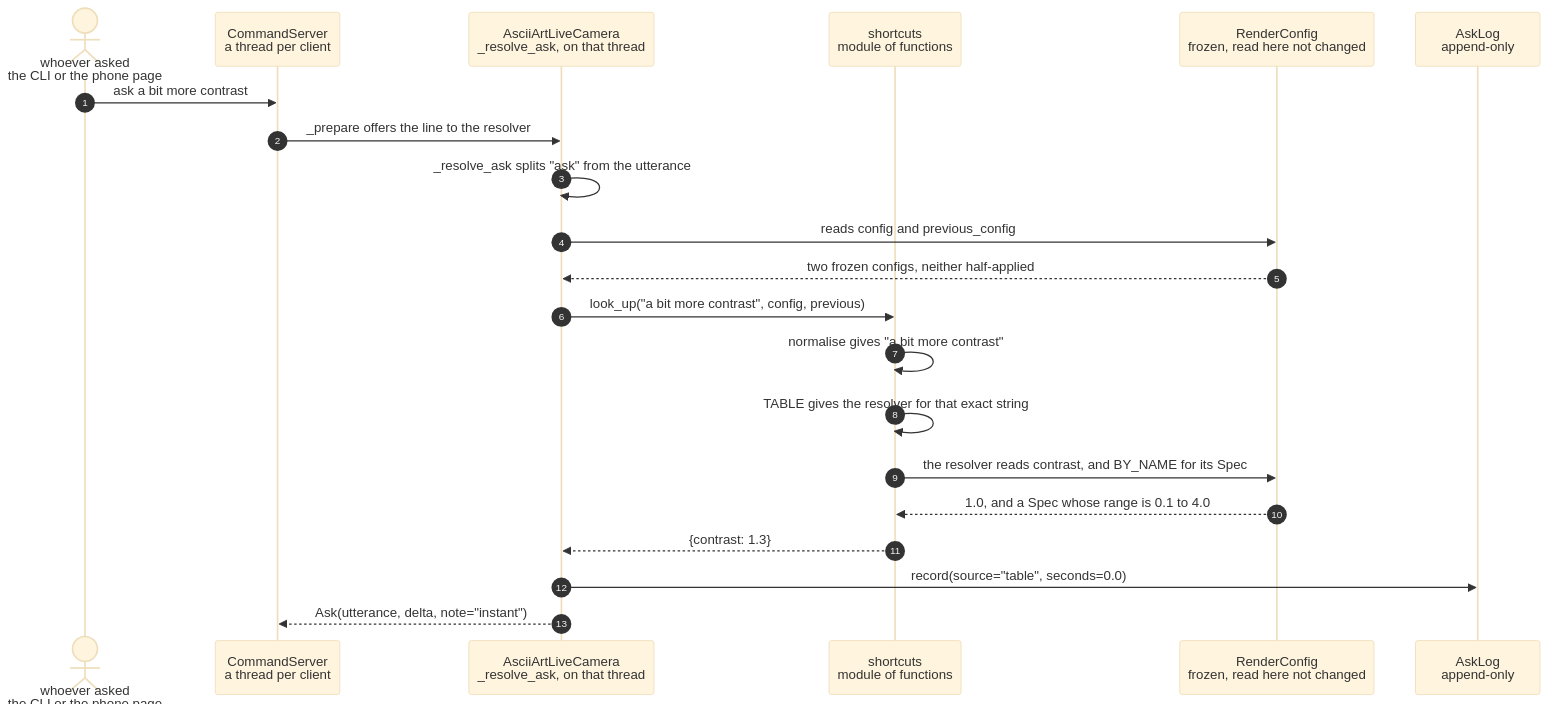
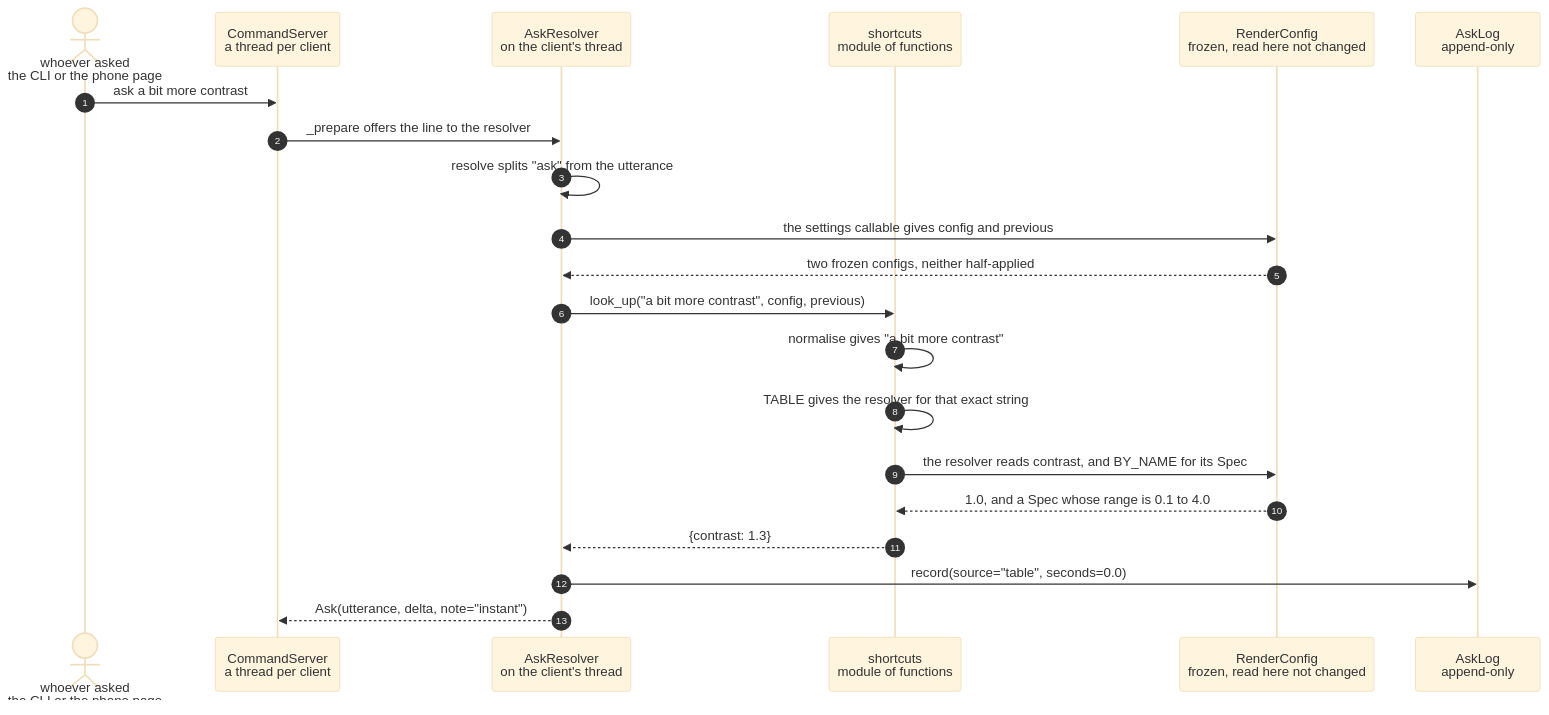
Before and after one commit to replicant1/AsciiArt-Pi: the diagram in docs/scenarios/a-spoken-phrase-is-answered-from-the-shortcut-table-with-no-model-call.md, drawn with Mermaid (base theme). The commit also changed other lines of this file and 9 other files, not shown here.

First line of the commit message:
refactor: the ask path moves out of AsciiArtLiveCamera into AskResolver

````diff
--- a/docs/scenarios/a-spoken-phrase-is-answered-from-the-shortcut-table-with-no-model-call.md
+++ b/docs/scenarios/a-spoken-phrase-is-answered-from-the-shortcut-table-with-no-model-call.md
@@ -33,24 +33,24 @@
 ```mermaid
 sequenceDiagram
     autonumber
     actor Asker as whoever asked<br/>the CLI or the phone page
     participant CS as CommandServer<br/>a thread per client
-    participant App as AsciiArtLiveCamera<br/>_resolve_ask, on that thread
+    participant App as AskResolver<br/>on the client's thread
     participant Sh as shortcuts<br/>module of functions
     participant Cfg as RenderConfig<br/>frozen, read here not changed
     participant Log as AskLog<br/>append-only
 
     Asker->>CS: ask a bit more contrast
     CS->>App: _prepare offers the line to the resolver
-    App->>App: _resolve_ask splits "ask" from the utterance
-    App->>Cfg: reads config and previous_config
+    App->>App: resolve splits "ask" from the utterance
+    App->>Cfg: the settings callable gives config and previous
     Cfg-->>App: two frozen configs, neither half-applied
     App->>Sh: look_up("a bit more contrast", config, previous)
     Sh->>Sh: normalise gives "a bit more contrast"
     Sh->>Sh: TABLE gives the resolver for that exact string
     Sh->>Cfg: the resolver reads contrast, and BY_NAME for its Spec
     Cfg-->>Sh: 1.0, and a Spec whose range is 0.1 to 4.0
     Sh-->>App: {contrast: 1.3}
     App->>Log: record(source="table", seconds=0.0)
     App-->>CS: Ask(utterance, delta, note="instant")
 ```
````
